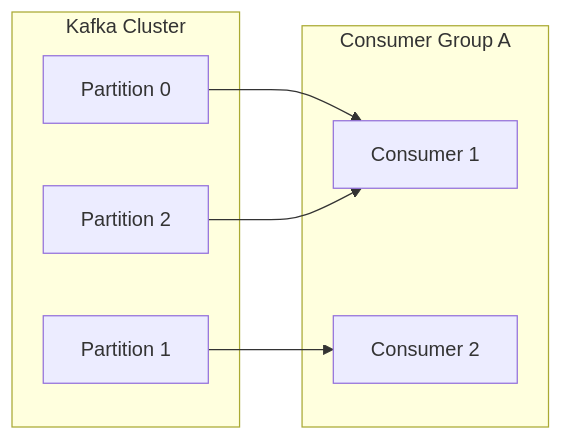
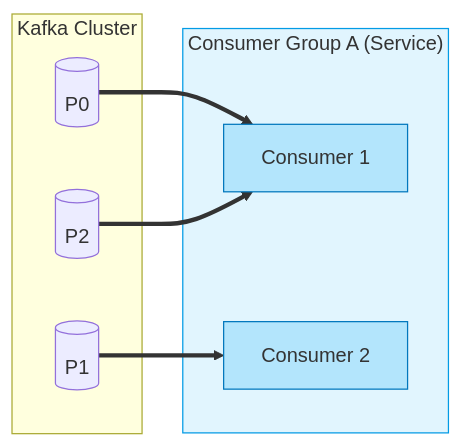
Before and after one commit to jyukki97/study-blog: the second of 2 diagrams in content/learning/deep-dive/deep-dive-kafka-foundations.md, drawn with Mermaid. The commit also changed other lines of this file and 3 other files, not shown here.

Commit message:
Refactor Phase 10: High-Scale Data & Architecture (Indexing, Tx, Redis, Kafka)

````diff
--- a/content/learning/deep-dive/deep-dive-kafka-foundations.md
+++ b/content/learning/deep-dive/deep-dive-kafka-foundations.md
@@ -50,17 +66,21 @@
 ```mermaid
 graph LR
-    subgraph Kafka Cluster
-    P0[Partition 0]
-    P1[Partition 1]
-    P2[Partition 2]
+    subgraph Kafka_Cluster ["Kafka Cluster"]
+        P0[("P0")]
+        P1[("P1")]
+        P2[("P2")]
     end
     
-    subgraph Consumer Group A
-    C1[Consumer 1]
-    C2[Consumer 2]
+    subgraph Consumer_Group ["Consumer Group A (Service)"]
+        C1["Consumer 1"]
+        C2["Consumer 2"]
     end
     
-    P0 --> C1
-    P1 --> C2
-    P2 --> C1
+    P0 ==> C1
+    P2 ==> C1
+    P1 ==> C2
+    
+    style Consumer_Group fill:#e1f5fe,stroke:#039be5
+    style C1 fill:#b3e5fc,stroke:#0277bd
+    style C2 fill:#b3e5fc,stroke:#0277bd
 ```
````
